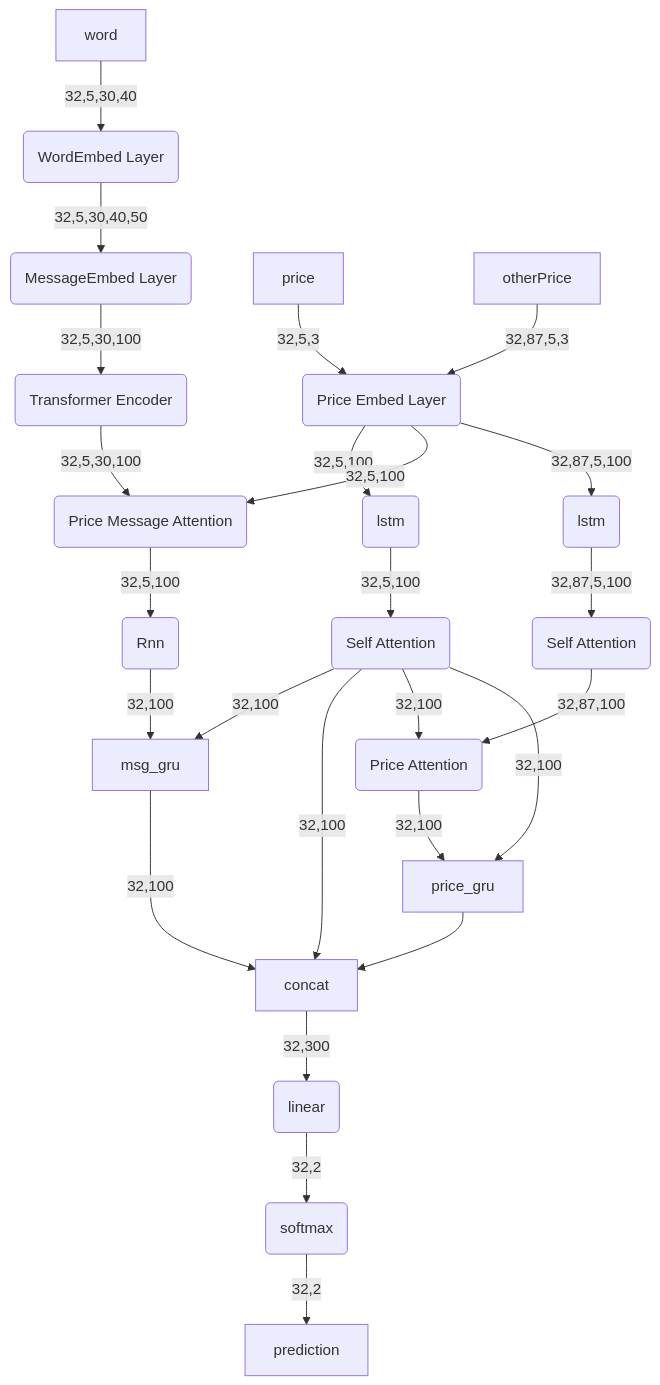
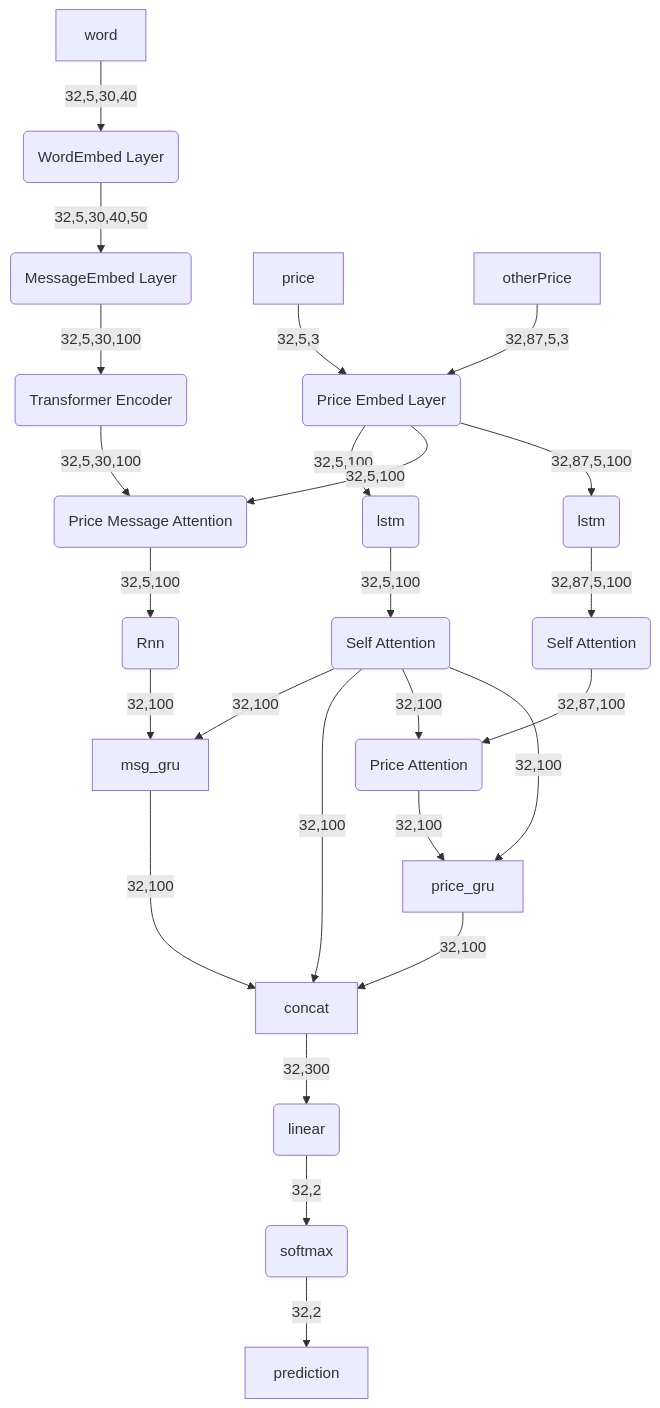
One commit to Unevenlu/TPIN-Text_Price_Information_Network changed the diagram in README.md. Above: the diagram before and after it, drawn with Mermaid.

````diff
--- a/README.md
+++ b/README.md
@@ -47,15 +47,15 @@
 ```mermaid
 graph TD
     word -->|32,5,30,40|word_embedding(WordEmbed Layer)
     word_embedding -->|32,5,30,40,50|msg_embed(MessageEmbed Layer)
     msg_embed -->|32,5,30,100|Transformer(Transformer Encoder)
     Transformer -->|32,5,30,100|PriceMsg(Price Message Attention)
     price -->|32,5,3|PriceEmbed(Price Embed Layer) -->|32,5,100|lstm1(lstm) -->|32,5,100|att1(Self Attention) -->|32,100|msg_gru
     att1 -->|32,100|concat
     PriceEmbed -->|32,5,100|PriceMsg -->|32,5,100|rnn(Rnn) -->|32,100|msg_gru-->|32,100|concat
     
     otherPrice -->|32,87,5,3|PriceEmbed -->|32,87,5,100|lstm2(lstm) -->|32,87,5,100|att2(Self Attention) -->|32,87,100|prt(Price Attention)
-    att1 -->|32,100|prt -->|32,100|price_gru-->concat
+    att1 -->|32,100|prt -->|32,100|price_gru-->|32,100|concat
     att1 -->|32,100|price_gru
     concat -->|32,300|linear(linear) -->|32,2|softmax(softmax) -->|32,2|prediction
 ```
````
